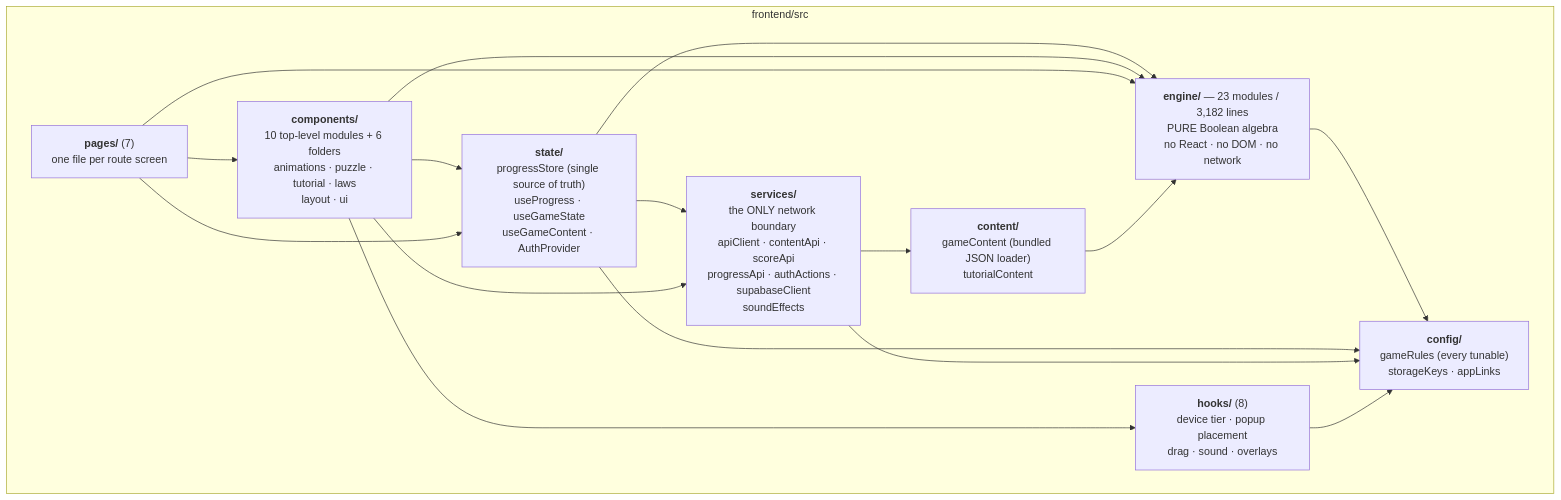
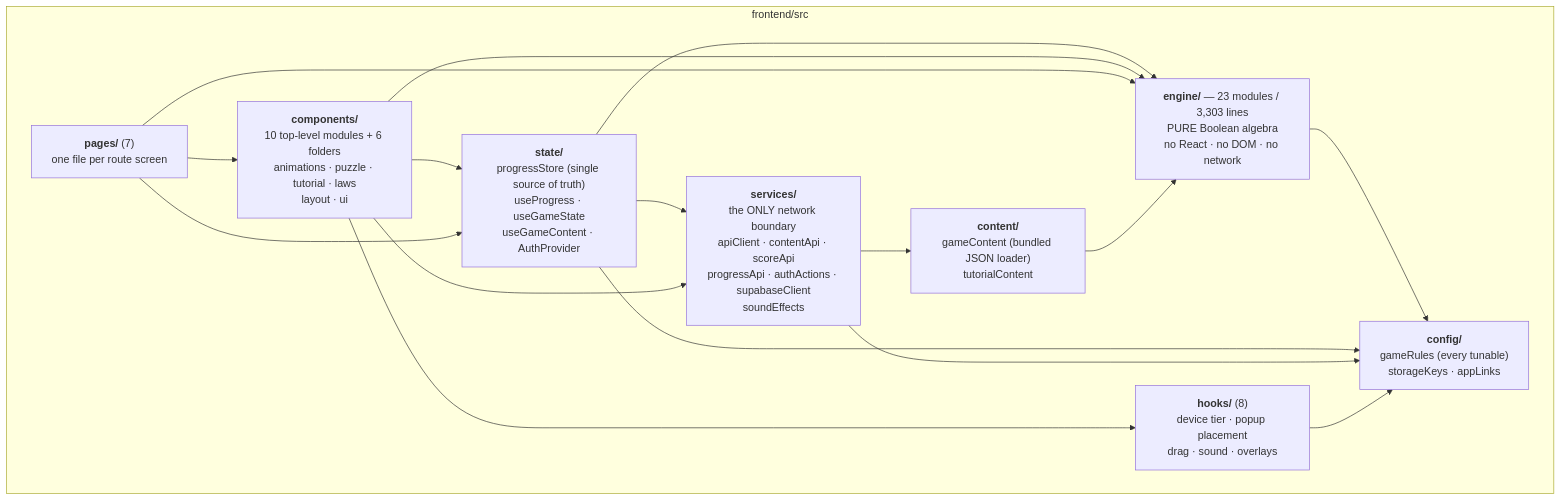
One commit to Freezeh11/Praxis changed the fourth of 5 diagrams in docs/02-architecture/SAD.md. Above: the diagram before and after it, drawn with Mermaid. The commit also changed other lines of this file and 6 other files, not shown here.

````diff
--- a/docs/02-architecture/SAD.md
+++ b/docs/02-architecture/SAD.md
@@ -238,29 +238,29 @@
 ```mermaid
 flowchart TB
     subgraph app["frontend/src"]
-        engine["<b>engine/</b> — 23 modules / 3,182 lines<br/>PURE Boolean algebra<br/>no React · no DOM · no network"]
+        engine["<b>engine/</b> — 23 modules / 3,303 lines<br/>PURE Boolean algebra<br/>no React · no DOM · no network"]
         config["<b>config/</b><br/>gameRules (every tunable)<br/>storageKeys · appLinks"]
         services["<b>services/</b><br/>the ONLY network boundary<br/>apiClient · contentApi · scoreApi<br/>progressApi · authActions · supabaseClient<br/>soundEffects"]
         content["<b>content/</b><br/>gameContent (bundled JSON loader)<br/>tutorialContent"]
         state["<b>state/</b><br/>progressStore (single source of truth)<br/>useProgress · useGameState<br/>useGameContent · AuthProvider"]
         hooks["<b>hooks/</b> (8)<br/>device tier · popup placement<br/>drag · sound · overlays"]
         comps["<b>components/</b><br/>10 top-level modules + 6 folders<br/>animations · puzzle · tutorial · laws<br/>layout · ui"]
         pages["<b>pages/</b> (7)<br/>one file per route screen"]
     end
 
     engine --> config
     state --> engine
     state --> services
     state --> config
     services --> config
     services --> content
     comps --> state
     comps --> services
     comps --> engine
     comps --> hooks
     pages --> comps
     pages --> state
     pages --> engine
     hooks --> config
     content --> engine
 ```
````
